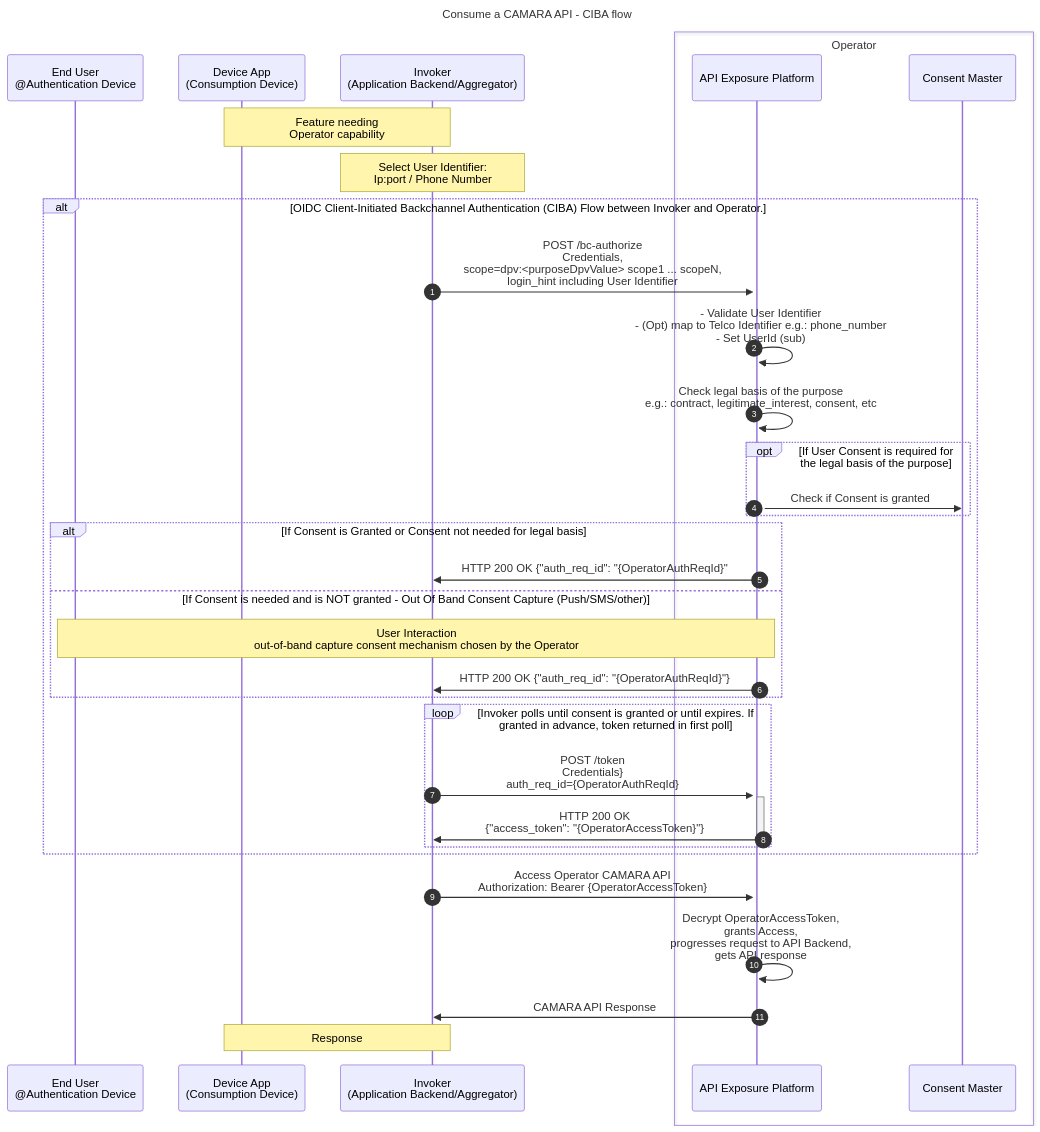
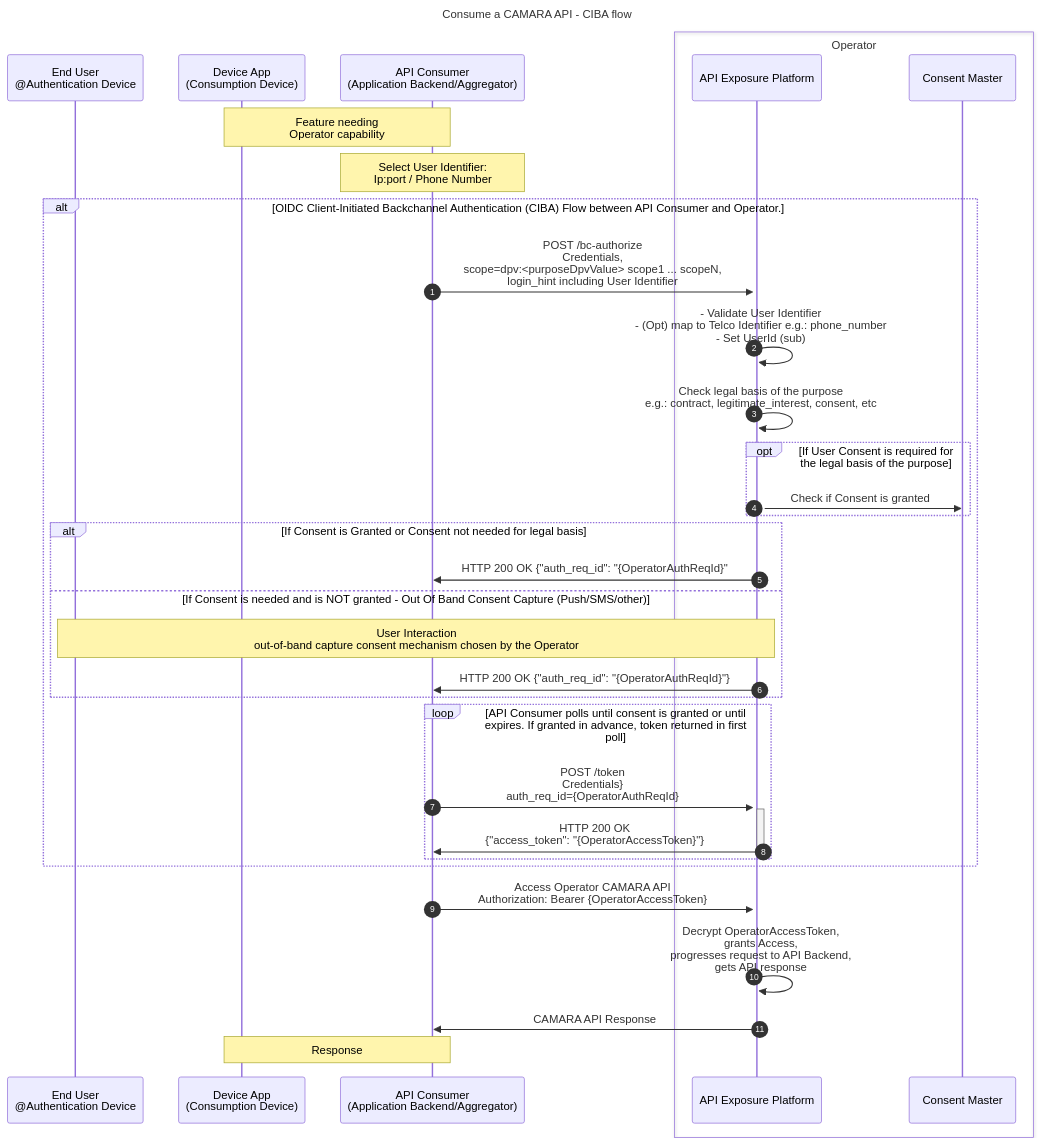
One commit to camaraproject/IdentityAndConsentManagement changed the second of 2 diagrams in documentation/CAMARA-API-access-and-user-consent.md. Above: the diagram before and after it, drawn with Mermaid. The commit also changed other lines of this file, not shown here.

Commit message:
Invoker -> API Consumer

````diff
--- a/documentation/CAMARA-API-access-and-user-consent.md
+++ b/documentation/CAMARA-API-access-and-user-consent.md
@@ -209,38 +209,38 @@
 ```mermaid
 sequenceDiagram
 autonumber
 title Consume a CAMARA API - CIBA flow
 participant User as End User<br>@Authentication Device
 participant FE as Device App<br>(Consumption Device)
-participant BE as Invoker<br>(Application Backend/Aggregator)  
+participant BE as API Consumer<br>(Application Backend/Aggregator)  
 box Operator
   participant ExpO as API Exposure Platform  
   participant Consent as Consent Master
 end
 
 Note over FE,BE: Feature needing<br>Operator capability  
 Note over BE: Select User Identifier:<br>Ip:port / Phone Number  
 
-alt OIDC Client-Initiated Backchannel Authentication (CIBA) Flow between Invoker and Operator.
+alt OIDC Client-Initiated Backchannel Authentication (CIBA) Flow between API Consumer and Operator.
   BE->>+ExpO: POST /bc-authorize<br> Credentials,<br>scope=dpv:<purposeDpvValue> scope1 ... scopeN,<br>login_hint including User Identifier    
   ExpO->>ExpO: - Validate User Identifier<br>- (Opt) map to Telco Identifier e.g.: phone_number<br>- Set UserId (sub)  
   ExpO->>ExpO: Check legal basis of the purpose<br> e.g.: contract, legitimate_interest, consent, etc
   opt If User Consent is required for the legal basis of the purpose  
     ExpO->>Consent: Check if Consent is granted
   end
   alt If Consent is Granted or Consent not needed for legal basis   
     ExpO->>BE: HTTP 200 OK {"auth_req_id": "{OperatorAuthReqId}"  
   else If Consent is needed and is NOT granted - Out Of Band Consent Capture (Push/SMS/other)
     Note over ExpO,User: User Interaction <br> out-of-band capture consent mechanism chosen by the Operator
     ExpO->>BE: HTTP 200 OK {"auth_req_id": "{OperatorAuthReqId}"}
   end
-  loop Invoker polls until consent is granted or until expires. If granted in advance, token returned in first poll
+  loop API Consumer polls until consent is granted or until expires. If granted in advance, token returned in first poll
     BE->>+ExpO: POST /token <br>Credentials}<br>auth_req_id={OperatorAuthReqId}    
     ExpO->>-BE: HTTP 200 OK <br>{"access_token": "{OperatorAccessToken}"}
   end  
 end
 BE->>ExpO: Access Operator CAMARA API<br>Authorization: Bearer {OperatorAccessToken}    
 ExpO->>ExpO: Decrypt OperatorAccessToken,<br>grants Access,<br>progresses request to API Backend,<br>gets API response  
 ExpO->>BE: CAMARA API Response
 Note over BE,FE: Response
 ```
````
